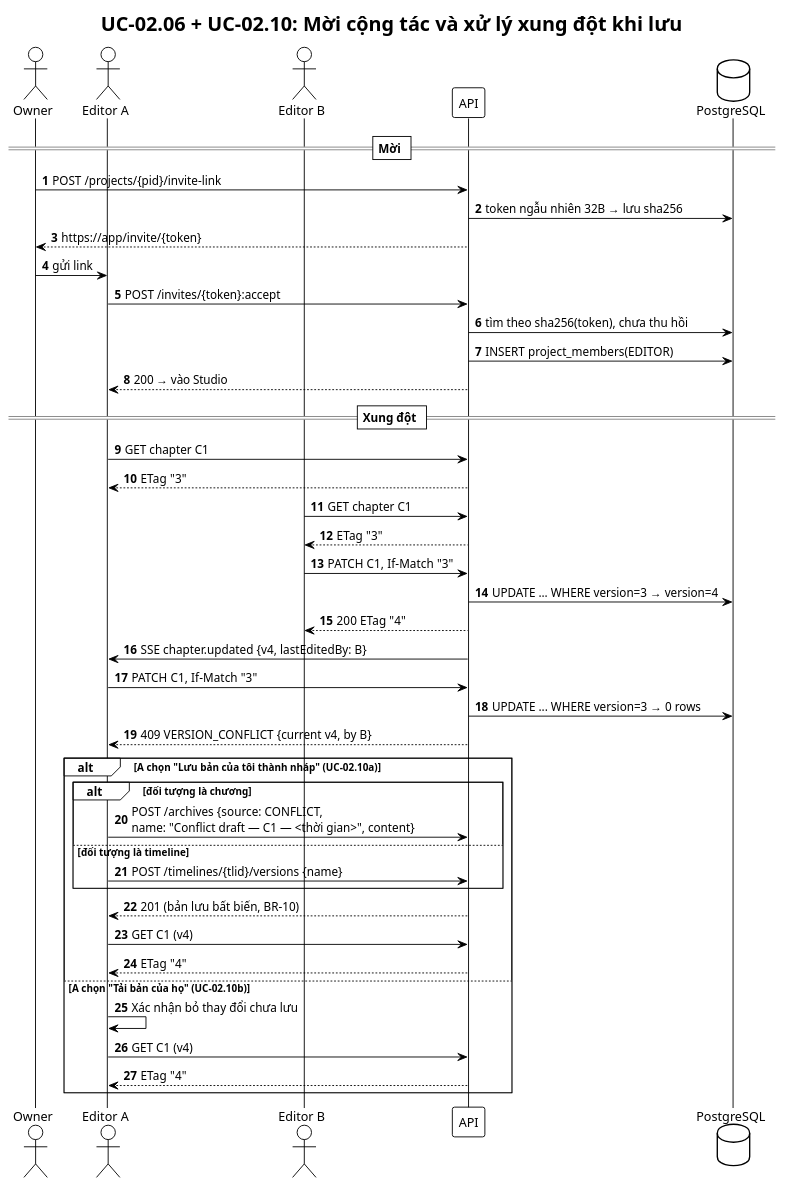
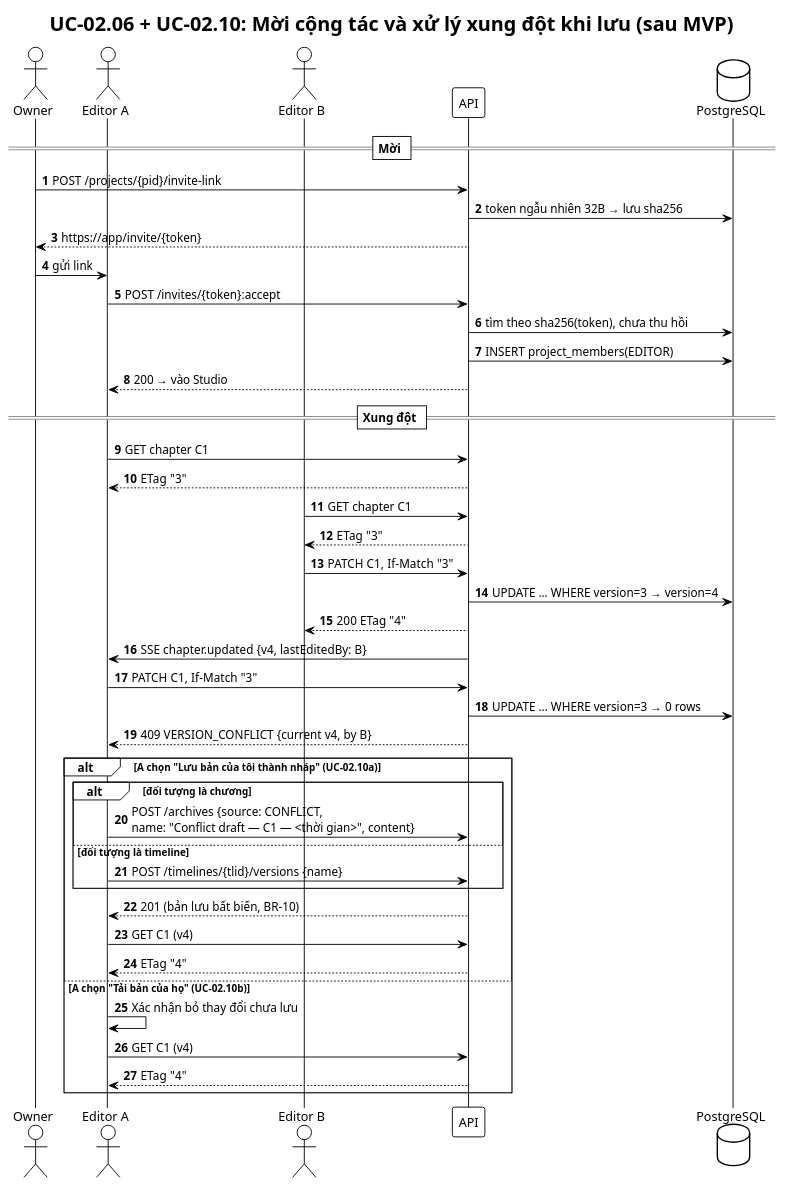
The diagram in demo-c2story/so-do/04-tuan-tu/seq-cong-tac-xung-dot.puml (202416852-anhpv/story2video-docs), drawn with PlantUML before and after one commit. The commit also changed 100 other files, not shown here.

```diff
--- a/demo-c2story/so-do/04-tuan-tu/seq-cong-tac-xung-dot.puml
+++ b/demo-c2story/so-do/04-tuan-tu/seq-cong-tac-xung-dot.puml
@@ -1,49 +1,49 @@
 @startuml Seq_CongTac_XungDot
 !theme plain
 skinparam defaultFontName "Segoe UI"
 skinparam sequenceMessageAlign left
 autonumber
-title UC-02.06 + UC-02.10: Mời cộng tác và xử lý xung đột khi lưu
+title UC-02.06 + UC-02.10: Mời cộng tác và xử lý xung đột khi lưu (sau MVP)
 actor Owner
 actor "Editor A" as A
 actor "Editor B" as B
 participant "API" as API
 database PostgreSQL as DB
 
 == Mời ==
 Owner -> API : POST /projects/{pid}/invite-link
 API -> DB : token ngẫu nhiên 32B → lưu sha256
 API --> Owner : https://app/invite/{token}
 Owner -> A : gửi link
 A -> API : POST /invites/{token}:accept
 API -> DB : tìm theo sha256(token), chưa thu hồi
 API -> DB : INSERT project_members(EDITOR)
 API --> A : 200 → vào Studio
 
 == Xung đột ==
 A -> API : GET chapter C1
 API --> A : ETag "3"
 B -> API : GET chapter C1
 API --> B : ETag "3"
 B -> API : PATCH C1, If-Match "3"
 API -> DB : UPDATE ... WHERE version=3 → version=4
 API --> B : 200 ETag "4"
 API -> A : SSE chapter.updated {v4, lastEditedBy: B}
 A -> API : PATCH C1, If-Match "3"
 API -> DB : UPDATE ... WHERE version=3 → 0 rows
 API --> A : 409 VERSION_CONFLICT {current v4, by B}
 alt A chọn "Lưu bản của tôi thành nháp" (UC-02.10a)
     alt đối tượng là chương
         A -> API : POST /archives {source: CONFLICT,\nname: "Conflict draft — C1 — <thời gian>", content}
     else đối tượng là timeline
         A -> API : POST /timelines/{tlid}/versions {name}
     end
     API --> A : 201 (bản lưu bất biến, BR-10)
     A -> API : GET C1 (v4)
     API --> A : ETag "4"
 else A chọn "Tải bản của họ" (UC-02.10b)
     A -> A : Xác nhận bỏ thay đổi chưa lưu
     A -> API : GET C1 (v4)
     API --> A : ETag "4"
 end
 @enduml
```
